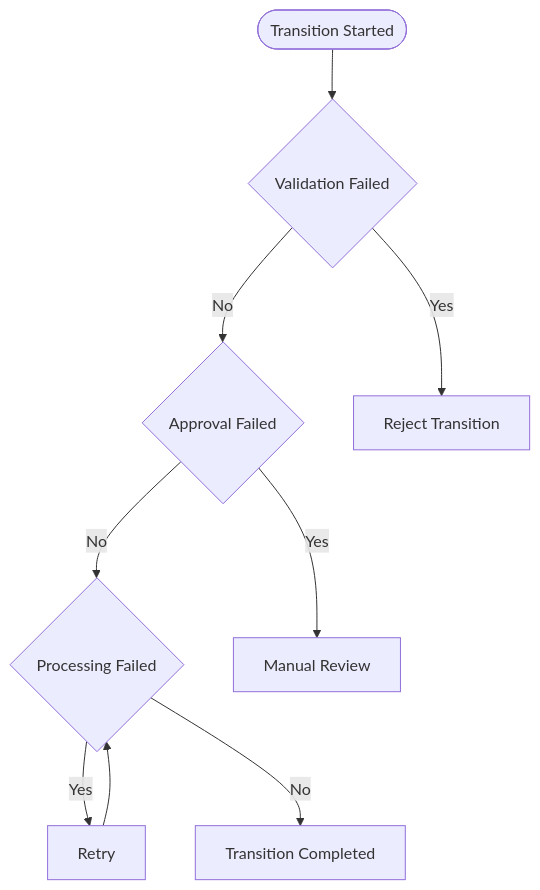
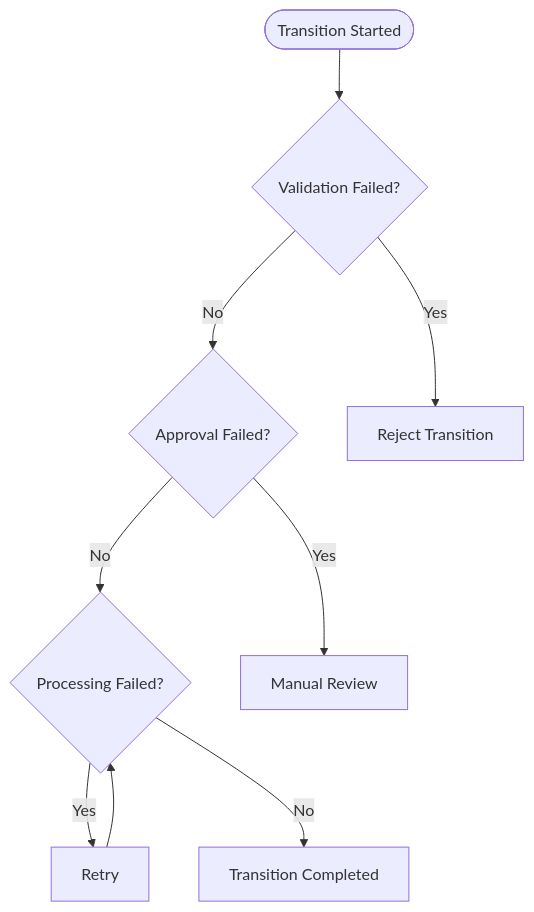
One commit to Varad1604/ERP_hark changed diagram 13 of 20 in architecture/L2_Domain_Workflow_Architecture/section-c/L2-C08_Alumni_Transition_Workflows.md. Above: the diagram before and after it, drawn with Mermaid. The commit also changed other lines of this file and 39 other files, not shown here.

````diff
--- a/architecture/L2_Domain_Workflow_Architecture/section-c/L2-C08_Alumni_Transition_Workflows.md
+++ b/architecture/L2_Domain_Workflow_Architecture/section-c/L2-C08_Alumni_Transition_Workflows.md
@@ -5698,35 +5709,35 @@
 ```mermaid
 flowchart TD
 
 Start([Transition Started])
 
-Validation{"Validation Failed"}
+Validation{"Validation Failed?"}
 
-Approval{"Approval Failed"}
+Approval{"Approval Failed?"}
 
-Processing{"Processing Failed"}
+Processing{"Processing Failed?"}
 
 Retry["Retry"]
 
 Manual["Manual Review"]
 
 Reject["Reject Transition"]
 
 Success["Transition Completed"]
 
 Start --> Validation
 
 Validation -- Yes --> Reject
 
 Validation -- No --> Approval
 
 Approval -- Yes --> Manual
 
 Approval -- No --> Processing
 
 Processing -- Yes --> Retry
 
 Retry --> Processing
 
 Processing -- No --> Success
 ```
````
